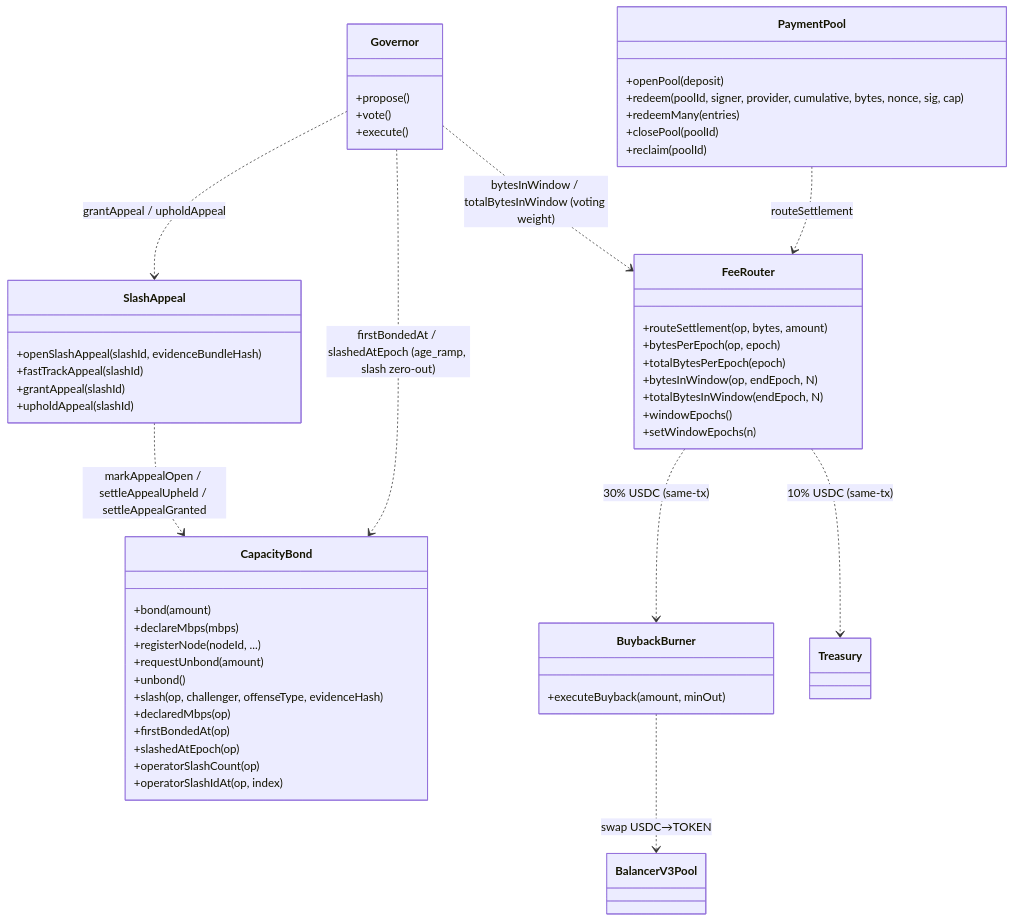
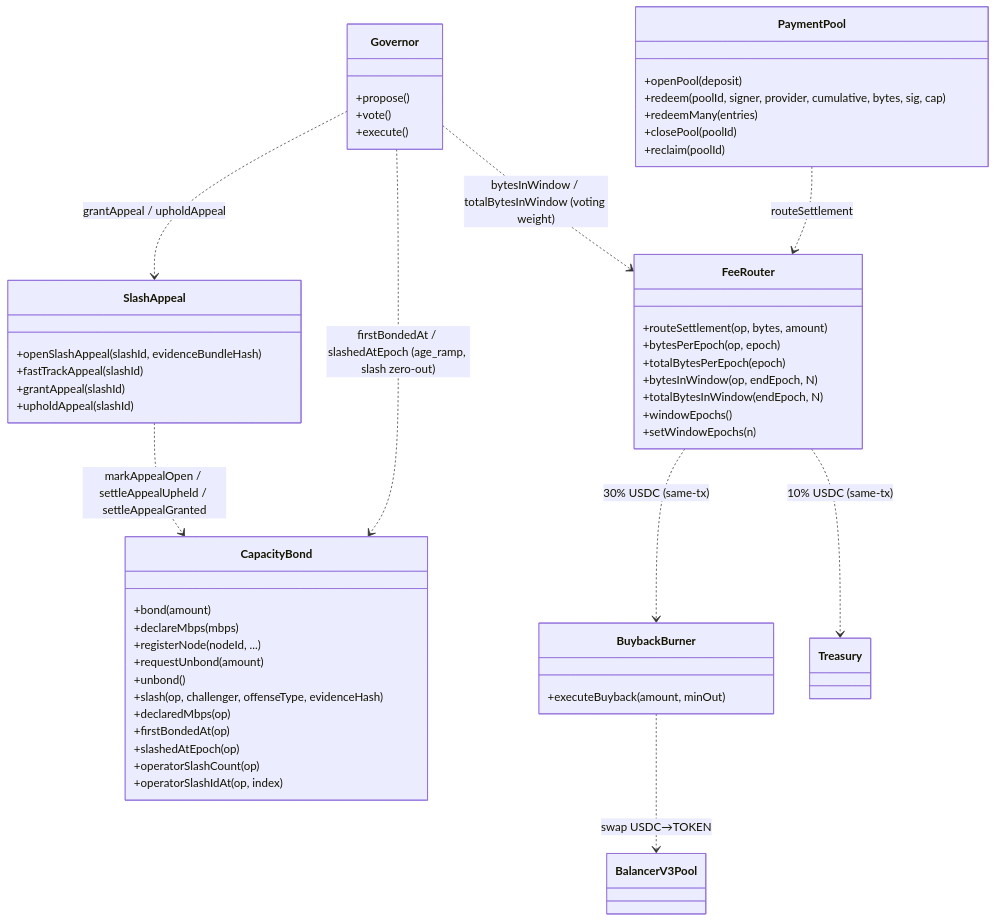
The first of 5 diagrams in adr/016-contract-interactions.md (decdn/decdn), drawn with Mermaid before and after one commit. The commit also changed other lines of this file and 5 other files, not shown here.

First line of the commit message:
docs(adr): remove voucher nonce; cumulative amount is the sole ordering guard

````diff
--- a/adr/016-contract-interactions.md
+++ b/adr/016-contract-interactions.md
@@ -41,57 +41,57 @@
 ```mermaid
 classDiagram
     class PaymentPool {
         +openPool(deposit)
-        +redeem(poolId, signer, provider, cumulative, bytes, nonce, sig, cap)
+        +redeem(poolId, signer, provider, cumulative, bytes, sig, cap)
         +redeemMany(entries)
         +closePool(poolId)
         +reclaim(poolId)
     }
     class FeeRouter {
         +routeSettlement(op, bytes, amount)
         +bytesPerEpoch(op, epoch)
         +totalBytesPerEpoch(epoch)
         +bytesInWindow(op, endEpoch, N)
         +totalBytesInWindow(endEpoch, N)
         +windowEpochs()
         +setWindowEpochs(n)
     }
     class CapacityBond {
         +bond(amount)
         +declareMbps(mbps)
         +registerNode(nodeId, ...)
         +requestUnbond(amount)
         +unbond()
         +slash(op, challenger, offenseType, evidenceHash)
         +declaredMbps(op)
         +firstBondedAt(op)
         +slashedAtEpoch(op)
         +operatorSlashCount(op)
         +operatorSlashIdAt(op, index)
     }
     class BuybackBurner {
         +executeBuyback(amount, minOut)
     }
     class SlashAppeal {
         +openSlashAppeal(slashId, evidenceBundleHash)
         +fastTrackAppeal(slashId)
         +grantAppeal(slashId)
         +upholdAppeal(slashId)
     }
     class Governor {
         +propose()
         +vote()
         +execute()
     }
     class Treasury
     class BalancerV3Pool
 
     PaymentPool ..> FeeRouter : routeSettlement
     FeeRouter ..> BuybackBurner : 30% USDC (same-tx)
     FeeRouter ..> Treasury : 10% USDC (same-tx)
     BuybackBurner ..> BalancerV3Pool : swap USDC→TOKEN
     Governor ..> FeeRouter : bytesInWindow / totalBytesInWindow (voting weight)
     Governor ..> CapacityBond : firstBondedAt / slashedAtEpoch (age_ramp, slash zero-out)
     SlashAppeal ..> CapacityBond : markAppealOpen / settleAppealUpheld / settleAppealGranted
     Governor ..> SlashAppeal : grantAppeal / upholdAppeal
 ```
````
